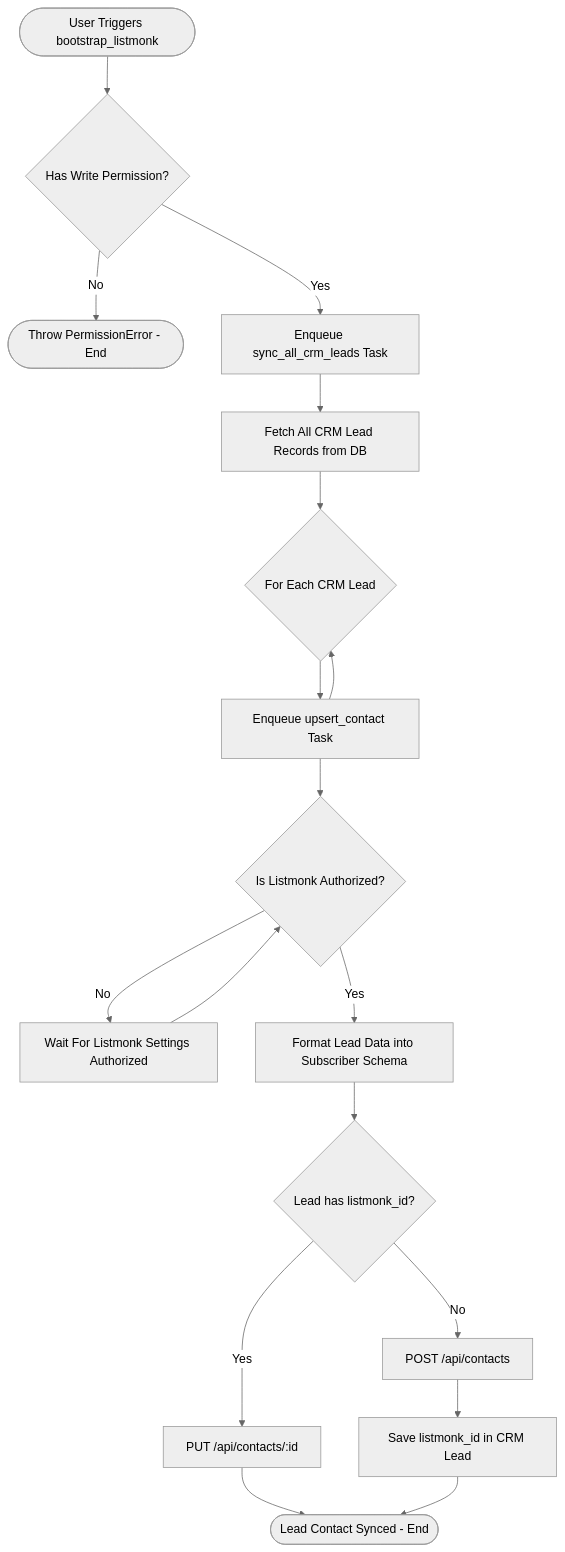
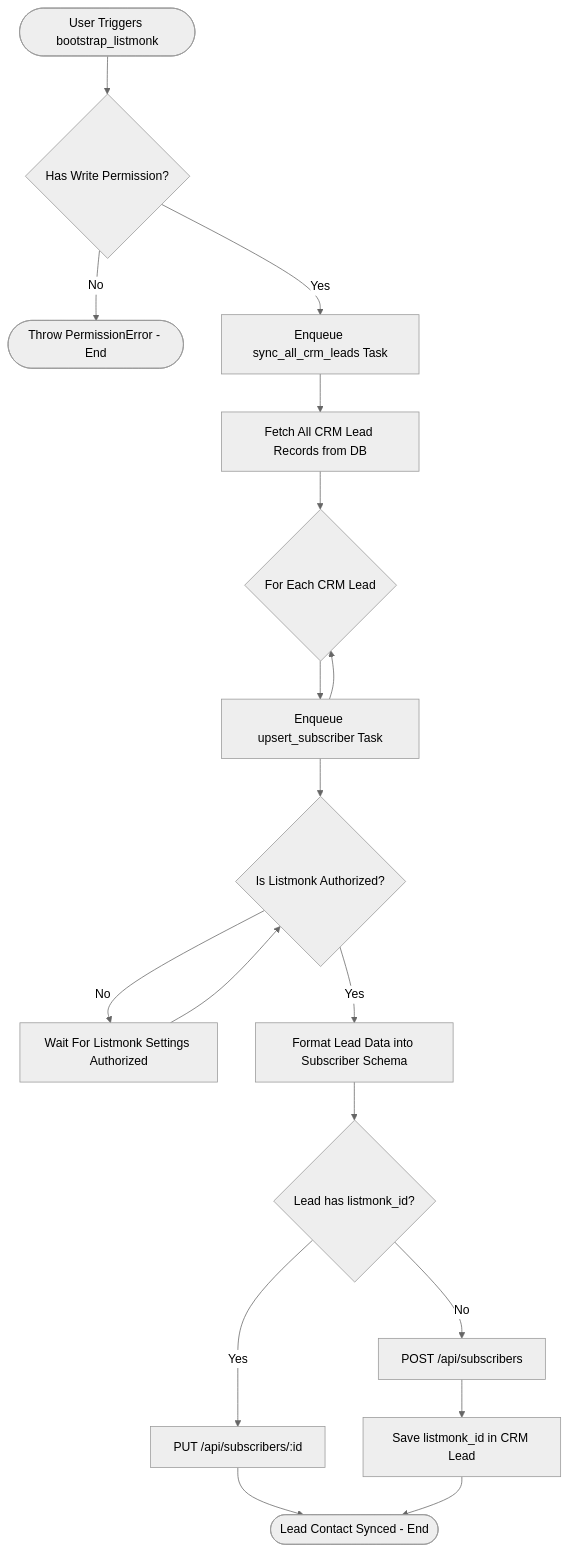
The diagram in docs/architecture/bpmn/02-listmonk-lead-bootstrap.md (aurumorcom/frappe-cadence), drawn with Mermaid (neutral theme) before and after one commit. The commit also changed other lines of this file and 3 other files, not shown here.

First line of the commit message:
docs: update Listmonk terminology from Contact to Subscriber

````diff
--- a/docs/architecture/bpmn/02-listmonk-lead-bootstrap.md
+++ b/docs/architecture/bpmn/02-listmonk-lead-bootstrap.md
@@ -5,26 +5,26 @@
 ```mermaid
 flowchart TD
     StartBootstrap([User Triggers bootstrap_listmonk]) --> CheckPerm{Has Write Permission?}
     
     CheckPerm -- No --> ThrowPermError([Throw PermissionError - End])
     CheckPerm -- Yes --> EnqueueSyncAll[Enqueue sync_all_crm_leads Task]
     
     EnqueueSyncAll --> QueryLeads[Fetch All CRM Lead Records from DB]
     QueryLeads --> LeadLoop{For Each CRM Lead}
     
-    LeadLoop --> EnqueueUpsert[Enqueue upsert_contact Task]
+    LeadLoop --> EnqueueUpsert[Enqueue upsert_subscriber Task]
     EnqueueUpsert --> LeadLoop
     
     EnqueueUpsert --> CheckAuthWait{Is Listmonk Authorized?}
     CheckAuthWait -- No --> WaitForAuth[Wait For Listmonk Settings Authorized]
     WaitForAuth --> CheckAuthWait
     CheckAuthWait -- Yes --> FormatContact[Format Lead Data into Subscriber Schema]
     
     FormatContact --> CheckLeadListmonkId{Lead has listmonk_id?}
-    CheckLeadListmonkId -- Yes --> UpdateSub[PUT /api/contacts/:id]
-    CheckLeadListmonkId -- No --> CreateSub[POST /api/contacts]
+    CheckLeadListmonkId -- Yes --> UpdateSub[PUT /api/subscribers/:id]
+    CheckLeadListmonkId -- No --> CreateSub[POST /api/subscribers]
     
     CreateSub --> SaveSubId[Save listmonk_id in CRM Lead]
     UpdateSub --> SyncDone([Lead Contact Synced - End])
     SaveSubId --> SyncDone
 ```
````
